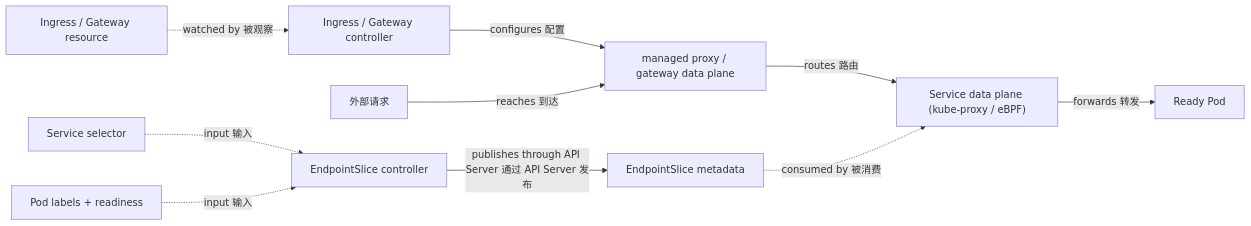
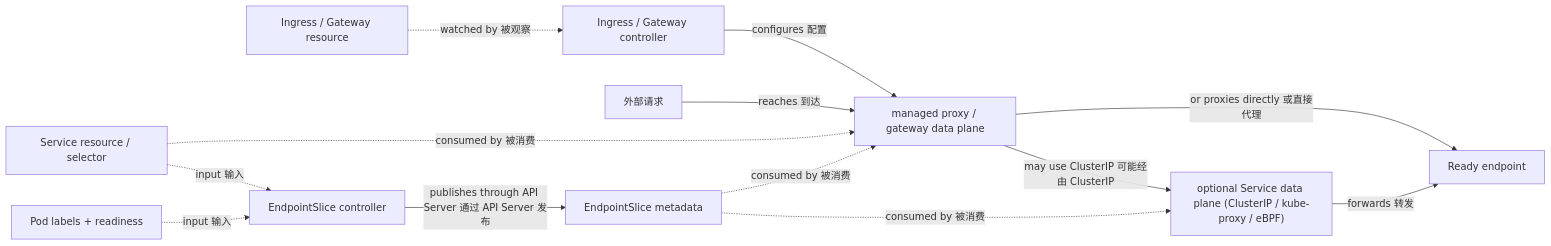
The second of 4 diagrams in docs/index.md (liufashi-Mr/cloud-native-docs), drawn with Mermaid before and after one commit. The commit also changed other lines of this file and 3 other files, not shown here.

Commit message:
docs: validate learning path diagrams and semantics

````diff
--- a/docs/index.md
+++ b/docs/index.md
@@ -61,12 +61,15 @@
 ```mermaid
 flowchart LR
   IG["Ingress / Gateway resource"] -.->|watched by 被观察| IC["Ingress / Gateway controller"]
   IC -->|configures 配置| PX["managed proxy / gateway data plane"]
   X["外部请求"] -->|reaches 到达| PX
-  PX -->|routes 路由| SD["Service data plane (kube-proxy / eBPF)"]
-  S["Service selector"] -.->|input 输入| EC["EndpointSlice controller"]
+  S["Service resource / selector"] -.->|input 输入| EC["EndpointSlice controller"]
   PR["Pod labels + readiness"] -.->|input 输入| EC
   EC -->|publishes through API Server 通过 API Server 发布| E["EndpointSlice metadata"]
+  S -.->|consumed by 被消费| PX
+  E -.->|consumed by 被消费| PX
+  PX -->|may use ClusterIP 可能经由 ClusterIP| SD["optional Service data plane (ClusterIP / kube-proxy / eBPF)"]
+  PX -->|or proxies directly 或直接代理| RP["Ready endpoint"]
   E -.->|consumed by 被消费| SD
-  SD -->|forwards 转发| RP["Ready Pod"]
+  SD -->|forwards 转发| RP
 ```
````
